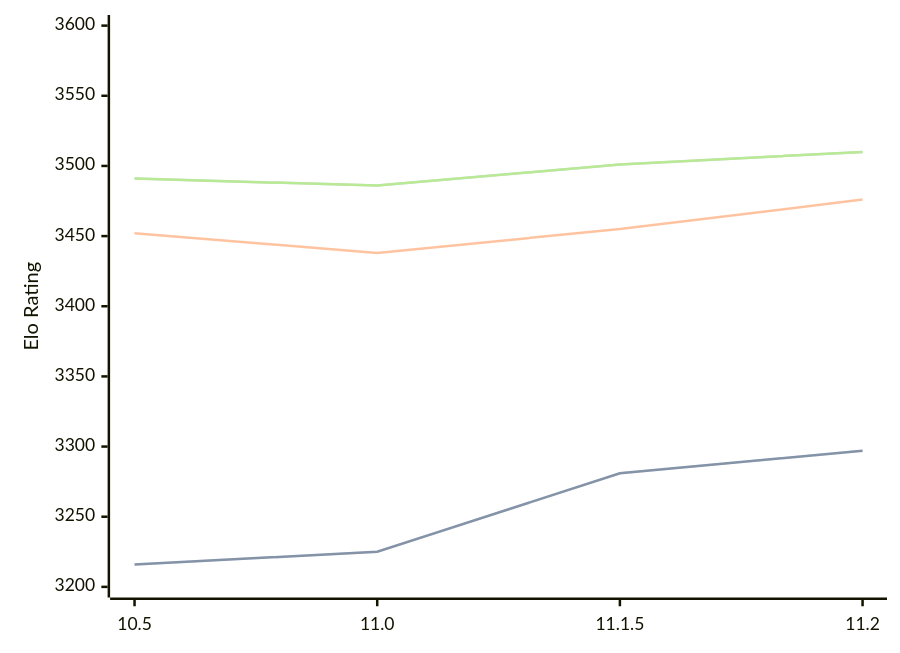
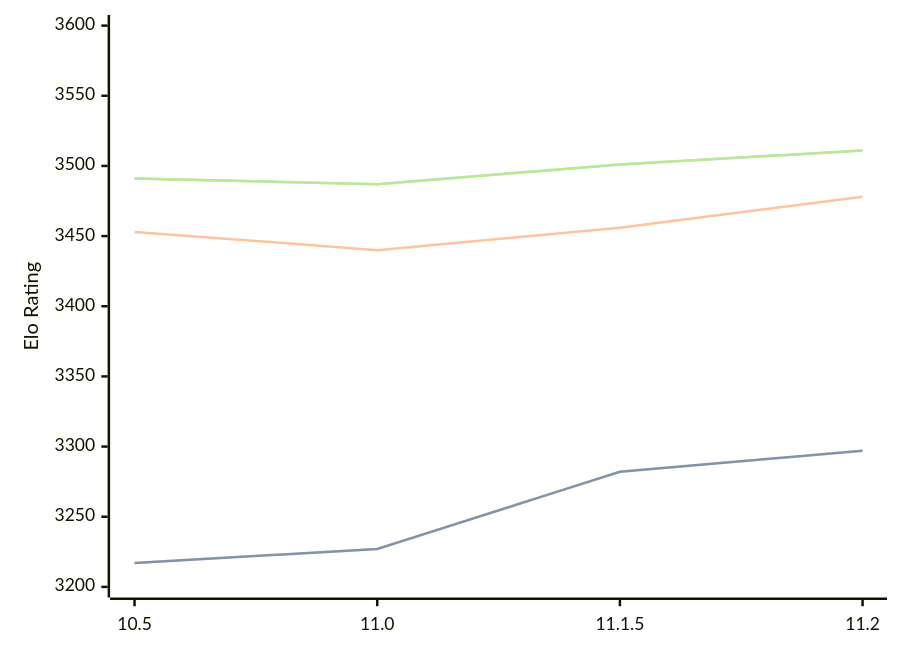
The diagram in engines/Lizard.md (computer-chess-index/cci), drawn with Mermaid before and after one commit. The commit also changed other lines of this file, not shown here.

Commit message:
Update CCI Ratings (ELO VLTC) - 2026-08-19

````diff
--- a/engines/Lizard.md
+++ b/engines/Lizard.md
@@ -34,11 +34,11 @@
 ```mermaid
 %%{init: {"theme":"base","themeVariables":{"seriesColors:['#a3a3a3','#222221','#faa371']}}}%%
 xychart-beta
   x-axis ["10.5", "11.0", "11.1.5", "11.2"]
   y-axis "Elo Rating" 3200 --> 3600
-  line "STC (8.0+0.08s)" [3216, 3225, 3281, 3297]
-  line "STC (8.0+0.08s)" [3216, 3225, 3281, 3297]
-  line "LTC (60.0+0.60s)" [3452, 3438, 3455, 3476]
-  line "VLTC (2m24s+1.12s)" [3491, 3486, 3501, 3510]
-  line "VLTC (2m24s+1.12s)" [3491, 3486, 3501, 3510]
+  line "STC (8.0+0.08s)" [3217, 3227, 3282, 3297]
+  line "STC (8.0+0.08s)" [3217, 3227, 3282, 3297]
+  line "LTC (60.0+0.60s)" [3453, 3440, 3456, 3478]
+  line "VLTC (2m24s+1.12s)" [3491, 3487, 3501, 3511]
+  line "VLTC (2m24s+1.12s)" [3491, 3487, 3501, 3511]
 ```
````
